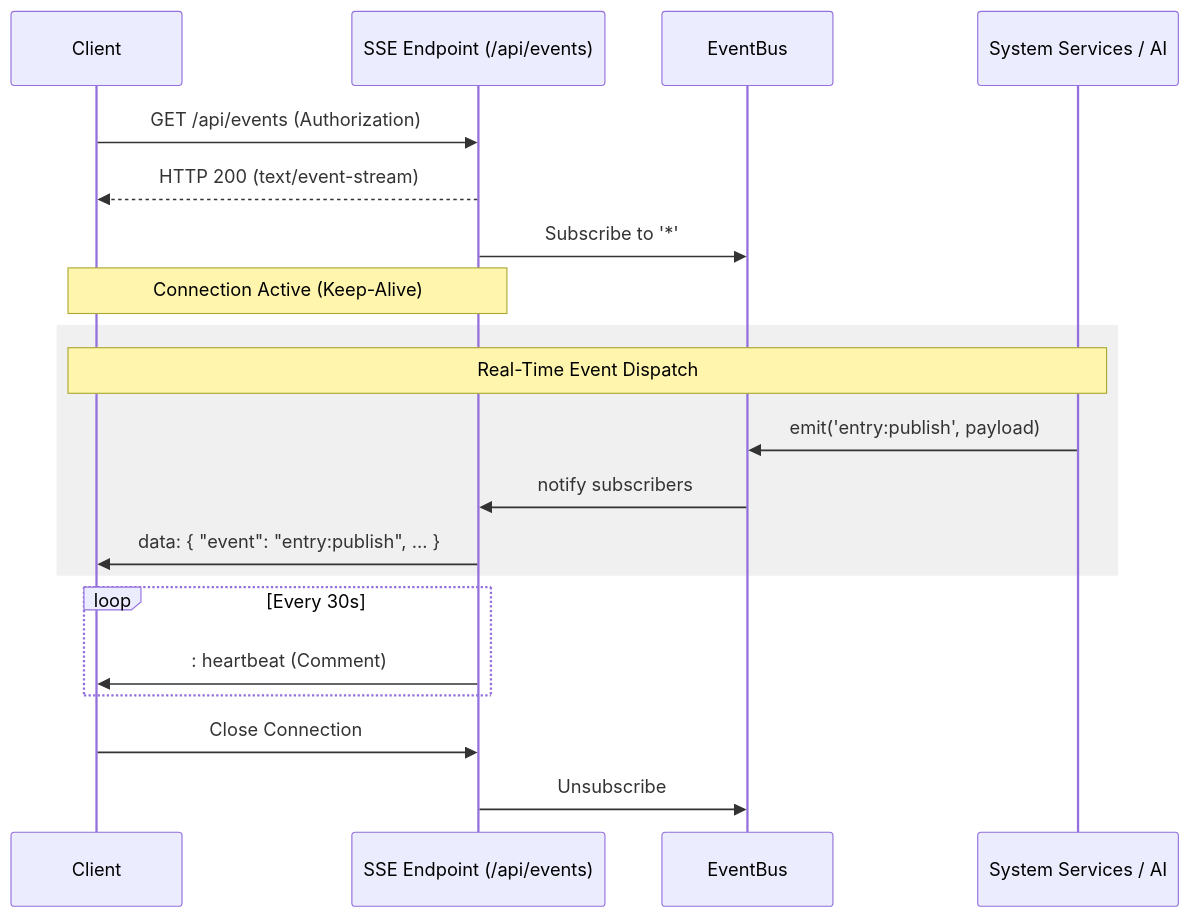
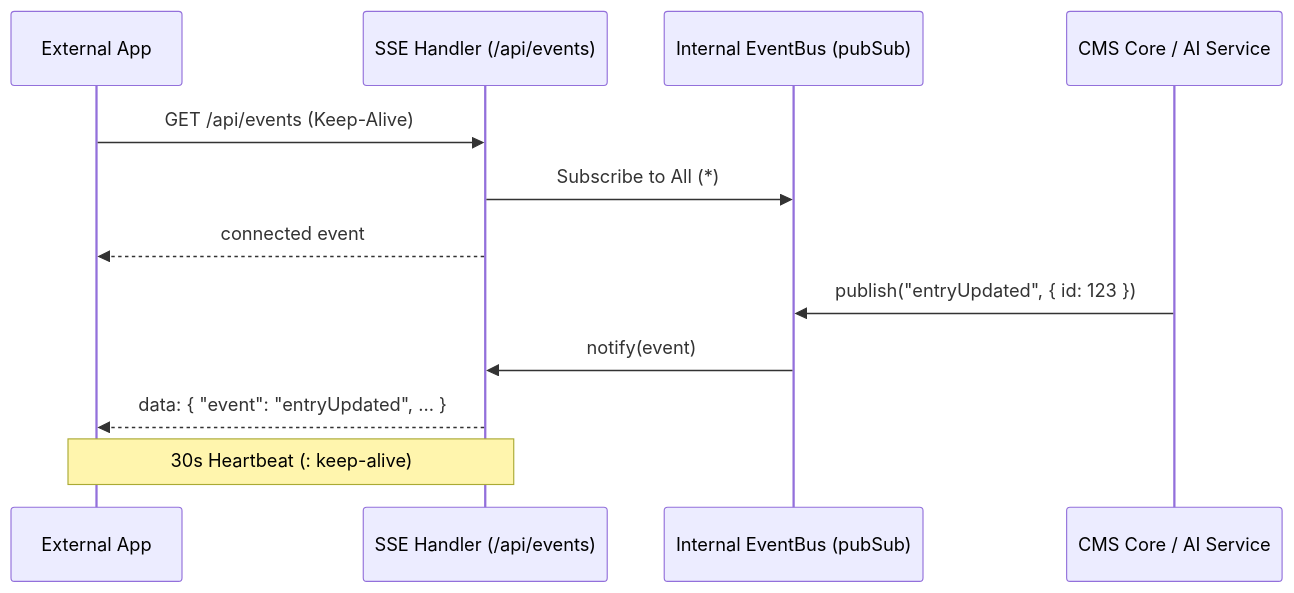
One commit to TamoorArif/SveltyCMS changed the diagram in docs/api/real-time-events-api.mdx. Above: the diagram before and after it, drawn with Mermaid. The commit also changed other lines of this file and 66 other files, not shown here.

````diff
--- a/docs/api/real-time-events-api.mdx
+++ b/docs/api/real-time-events-api.mdx
@@ -33,27 +74,17 @@
 ```mermaid
 sequenceDiagram
-    participant Client
-    participant Server as SSE Endpoint (/api/events)
-    participant Bus as EventBus
-    participant System as System Services / AI
-
-    Client->>Server: GET /api/events (Authorization)
-    Server-->>Client: HTTP 200 (text/event-stream)
-    Server->>Bus: Subscribe to '*'
-
-    Note over Server, Client: Connection Active (Keep-Alive)
-
-    rect rgb(240, 240, 240)
-        Note over System, Client: Real-Time Event Dispatch
-        System->>Bus: emit('entry:publish', payload)
-        Bus->>Server: notify subscribers
-        Server->>Client: data: { "event": "entry:publish", ... }
-    end
-
-    loop Every 30s
-        Server->>Client: : heartbeat (Comment)
-    end
-
-    Client->>Server: Close Connection
-    Server->>Bus: Unsubscribe
+    participant App as External App
+    participant SSE as SSE Handler (/api/events)
+    participant Bus as Internal EventBus (pubSub)
+    participant Core as CMS Core / AI Service
+    
+    App->>SSE: GET /api/events (Keep-Alive)
+    SSE->>Bus: Subscribe to All (*)
+    SSE-->>App: connected event
+    
+    Core->>Bus: publish("entryUpdated", { id: 123 })
+    Bus->>SSE: notify(event)
+    SSE-->>App: data: { "event": "entryUpdated", ... }
+    
+    Note over SSE, App: 30s Heartbeat (: keep-alive)
 ```
````
